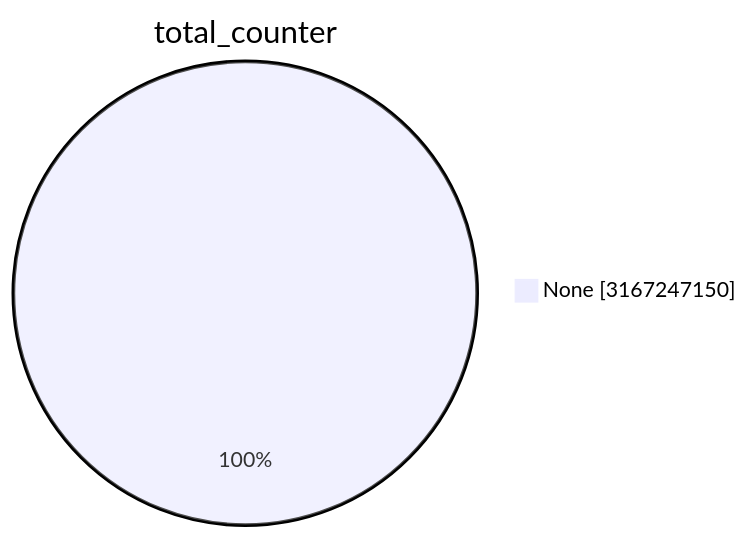
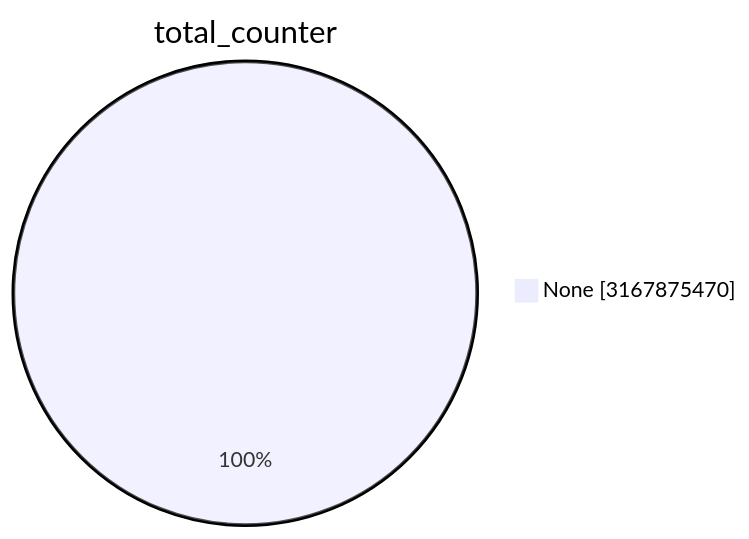
The first of 15 diagrams in TOTAL/README.md (christiankrug/ctmonitor_visualization), drawn with Mermaid before and after one commit. The commit also changed other lines of this file, not shown here.

````diff
--- a/TOTAL/README.md
+++ b/TOTAL/README.md
@@ -1,5 +1,5 @@
 ```mermaid
 pie showData
 title total_counter
-"None" :3167247150
+"None" :3167875470
 ```
````
